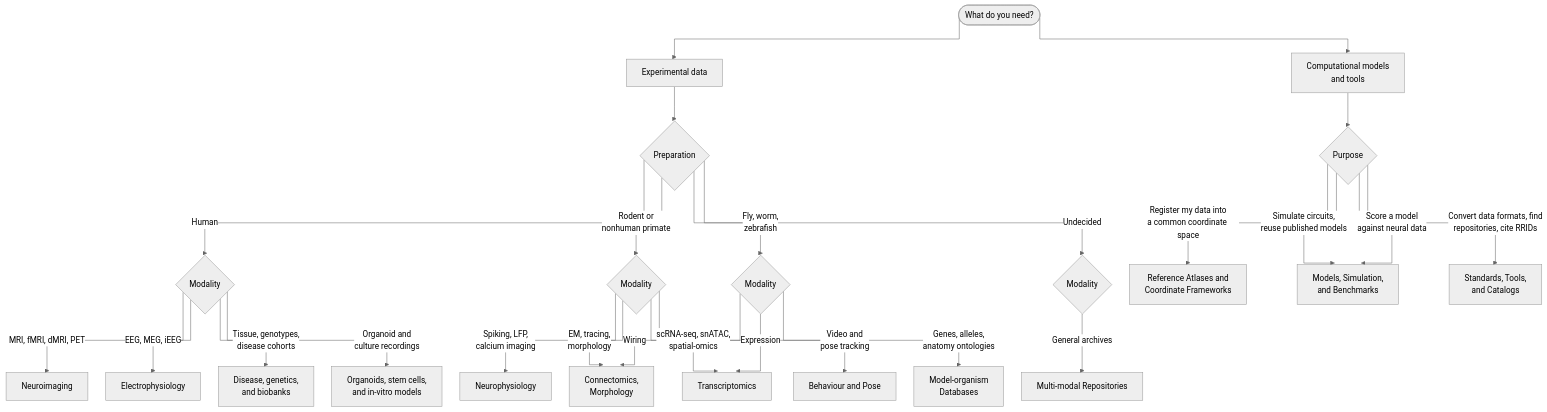
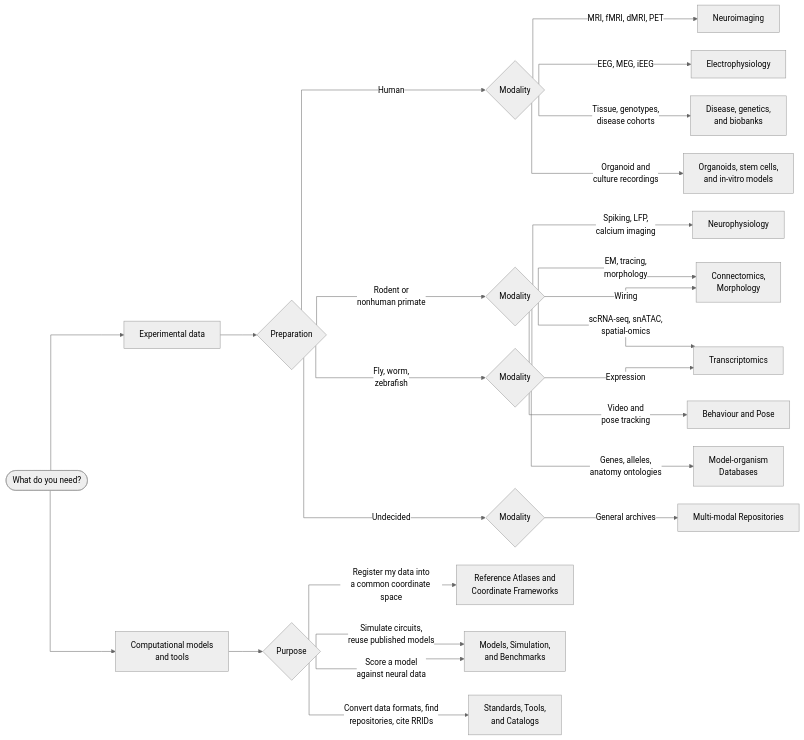
Before and after one commit to lauramedlock/neuroarchives: the diagram in docs/index.md, drawn with Mermaid (neutral theme).

Commit message:
Change flowchart direction from TD to LR

````diff
--- a/docs/index.md
+++ b/docs/index.md
@@ -41,35 +41,35 @@
 ```mermaid
 %%{init: {"flowchart": {"curve": "stepBefore", "nodeSpacing": 35, "rankSpacing": 55, "useMaxWidth": true}} }%%
-flowchart TD
+flowchart LR
     START([What do you need?])
     START --> EXP[Experimental data]
     START --> MOD[Computational models<br>and tools]
 
     EXP --> PREP{Preparation}
     PREP -->|Human| HU{Modality}
     PREP -->|Rodent or<br>nonhuman primate| RO{Modality}
     PREP -->|Fly, worm,<br>zebrafish| INV{Modality}
     PREP -->|Undecided| GEN{Modality}
 
     HU -->|MRI, fMRI, dMRI, PET| E1[Neuroimaging]
     HU -->|EEG, MEG, iEEG| E2[Electrophysiology]
     HU -->|Tissue, genotypes,<br>disease cohorts| E3[Disease, genetics,<br>and biobanks]
     HU -->|Organoid and<br>culture recordings| E4[Organoids, stem cells,<br> and in-vitro models]
 
     RO -->|Spiking, LFP,<br>calcium imaging| E5[Neurophysiology] 
     RO -->|EM, tracing,<br>morphology| E6[Connectomics, <br> Morphology]
     RO -->|scRNA-seq, snATAC,<br>spatial-omics| E7[Transcriptomics]
     RO -->|Video and<br>pose tracking| E8[Behaviour and Pose]
 
     INV -->|Wiring| E6
     INV -->|Expression| E7
     INV -->|Genes, alleles,<br>anatomy ontologies| E9[Model-organism<br>Databases]
 
     GEN -->|General archives| E10[Multi-modal Repositories]
 
     MOD --> PURPOSE{Purpose}
     PURPOSE -->|Register my data into<br>a common coordinate space| M1[Reference Atlases and<br>Coordinate Frameworks]
     PURPOSE -->|Simulate circuits,<br>reuse published models| M2[Models, Simulation,<br>and Benchmarks]
     PURPOSE -->|Score a model<br>against neural data| M2
     PURPOSE -->|Convert data formats, find<br>repositories, cite RRIDs| M3[Standards, Tools,<br>and Catalogs]
 ```
````
